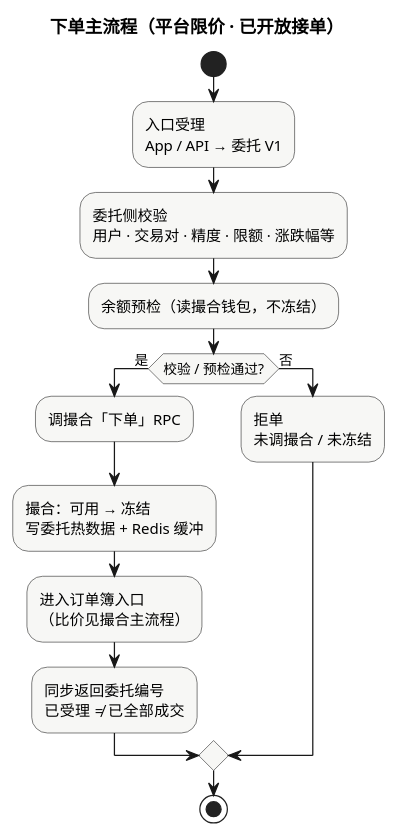
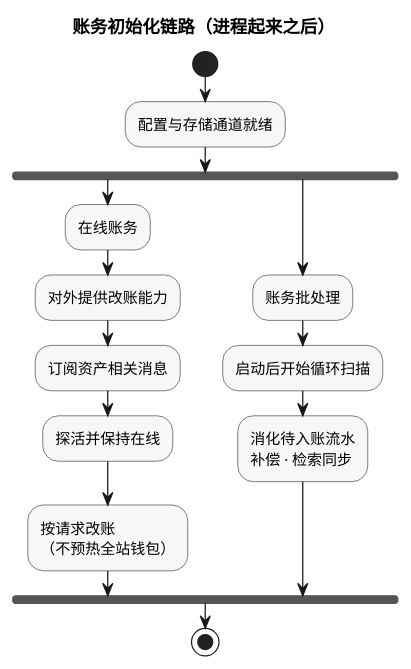
Before and after one commit to bridgehsu/tgex.net: the diagram in docs/07.现货手册/05.核心流程/design/0601-01.plantuml, drawn with PlantUML. The commit also changed 39 other files, not shown here.

First line of the commit message:
Rewrite place/cancel flows as sequence docs and reorder core flow pages.

```diff
--- a/docs/07.现货手册/05.核心流程/design/0601-01.plantuml
+++ b/docs/07.现货手册/05.核心流程/design/0601-01.plantuml
@@ -1,23 +1,24 @@
-@startuml 下单主流程
+@startuml 账务初始化链路
 skinparam shadowing false
 skinparam ActivityBorderColor #333
 skinparam ActivityBackgroundColor #F7F7F5
 
-title 下单主流程（平台限价 · 已开放接单）
+title 账务初始化链路（进程起来之后）
 
 start
-:入口受理\nApp / API → 委托 V1;
-:委托侧校验\n用户 · 交易对 · 精度 · 限额 · 涨跌幅等;
-:余额预检（读撮合钱包，不冻结）;
+:配置与存储通道就绪;
 
-if (校验 / 预检通过?) then (是)
-  :调撮合「下单」RPC;
-  :撮合：可用 → 冻结\n写委托热数据 + Redis 缓冲;
-  :进入订单簿入口\n（比价见撮合主流程）;
-  :同步返回委托编号\n已受理 ≠ 已全部成交;
-else (否)
-  :拒单\n未调撮合 / 未冻结;
-endif
+fork
+  :在线账务;
+  :对外提供改账能力;
+  :订阅资产相关消息;
+  :探活并保持在线;
+  :按请求改账\n（不预热全站钱包）;
+fork again
+  :账务批处理;
+  :启动后开始循环扫描;
+  :消化待入账流水\n补偿 · 检索同步;
+end fork
 
 stop
 @enduml
```
